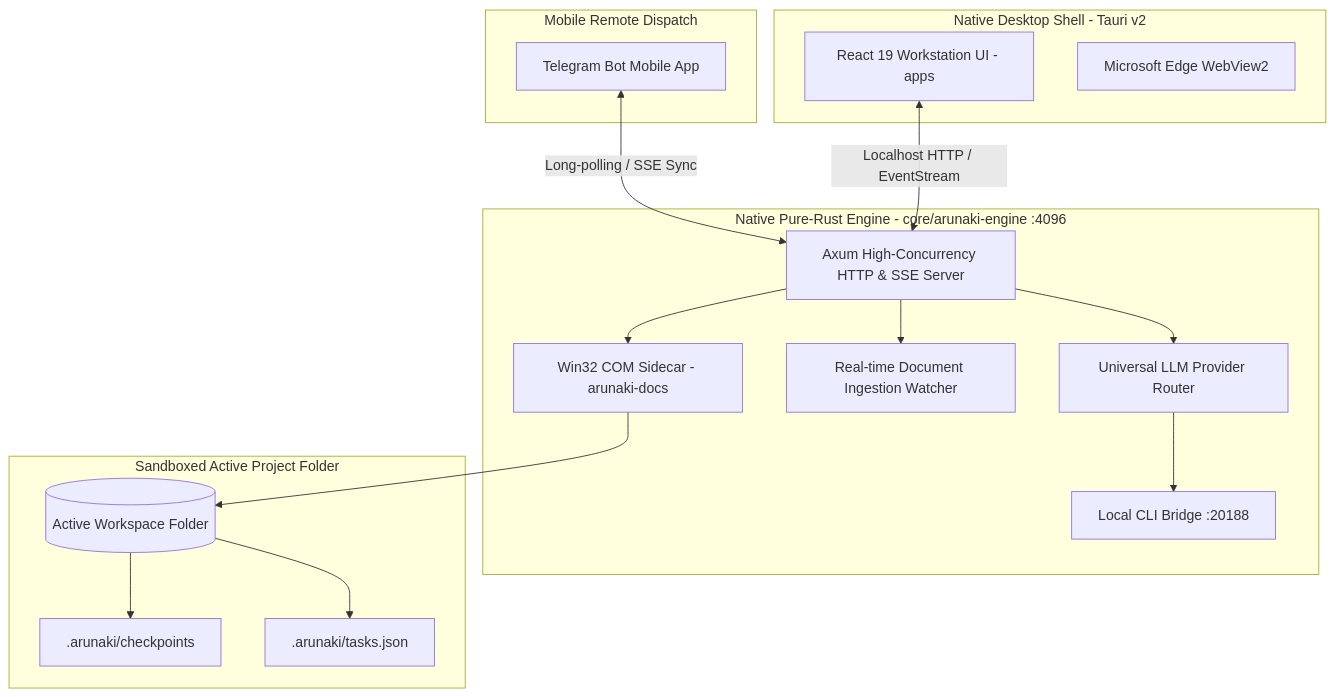
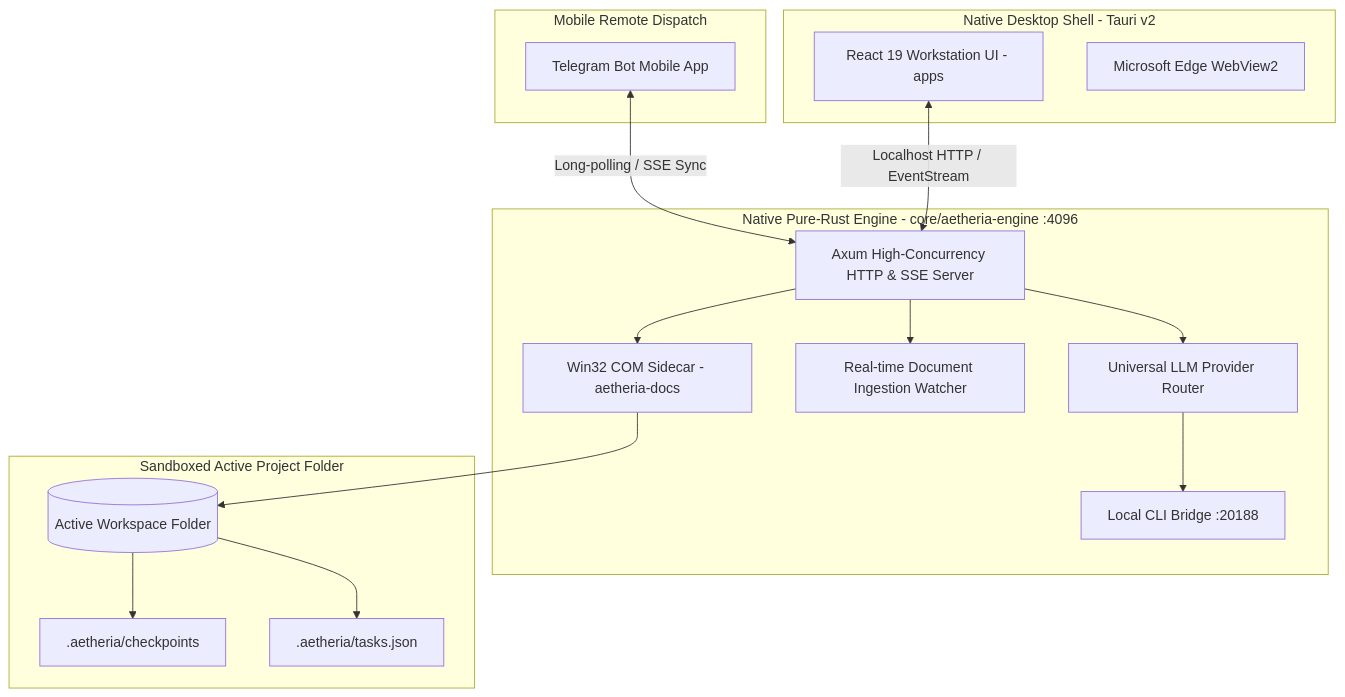
The second of 2 diagrams in README.md (jlsrngo/AetheriaNexus), drawn with Mermaid before and after one commit. The commit also changed other lines of this file and 267 other files, not shown here.

Commit message:
chore(rebrand): complete migration from Arunaki to Aetheria across entire repository

````diff
--- a/README.md
+++ b/README.md
@@ -130,35 +130,35 @@
 ```mermaid
 graph TD
     subgraph Mobile [Mobile Remote Dispatch]
         Telegram[Telegram Bot Mobile App]
     end
 
     subgraph Native Shell [Native Desktop Shell - Tauri v2]
         UI[React 19 Workstation UI - apps]
         WebView[Microsoft Edge WebView2]
     end
 
-    subgraph Backend Engine [Native Pure-Rust Engine - core/arunaki-engine :4096]
+    subgraph Backend Engine [Native Pure-Rust Engine - core/aetheria-engine :4096]
         Axum[Axum High-Concurrency HTTP & SSE Server]
         Router[Universal LLM Provider Router]
         CLIBridge[Local CLI Bridge :20188]
         Watcher[Real-time Document Ingestion Watcher]
-        Docs[Win32 COM Sidecar - arunaki-docs]
+        Docs[Win32 COM Sidecar - aetheria-docs]
     end
 
     subgraph Sandbox [Sandboxed Active Project Folder]
         Folder[(Active Workspace Folder)]
-        Checkpoint[.arunaki/checkpoints]
-        Tasks[.arunaki/tasks.json]
+        Checkpoint[.aetheria/checkpoints]
+        Tasks[.aetheria/tasks.json]
     end
 
     Telegram <-->|Long-polling / SSE Sync| Axum
     UI <-->|Localhost HTTP / EventStream| Axum
     Axum --> Router
     Router --> CLIBridge
     Axum --> Watcher
     Axum --> Docs
     Docs --> Folder
     Folder --> Checkpoint
     Folder --> Tasks
 ```
````
